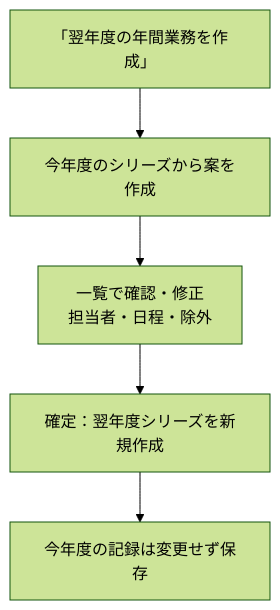
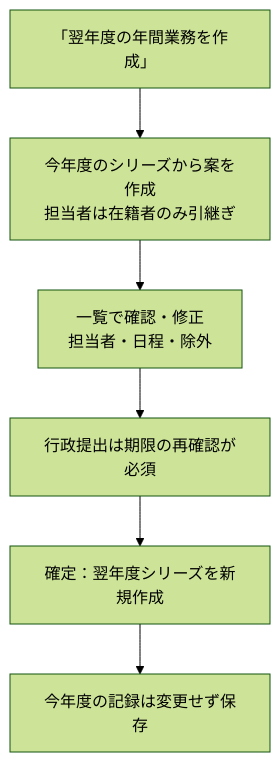
Before and after one commit to mao726/company: the ninth of 11 diagrams in ai-facility-partner/docs/product/user-flows.md, drawn with Mermaid (forest theme). The commit also changed other lines of this file and 22 other files, not shown here.

````diff
--- a/ai-facility-partner/docs/product/user-flows.md
+++ b/ai-facility-partner/docs/product/user-flows.md
@@ -130,7 +148,8 @@
 ```mermaid
 flowchart TD
-  A[「翌年度の年間業務を作成」] --> B[今年度のシリーズから案を作成]
+  A[「翌年度の年間業務を作成」] --> B[今年度のシリーズから案を作成<br/>担当者は在籍者のみ引継ぎ]
   B --> C[一覧で確認・修正<br/>担当者・日程・除外]
-  C --> D[確定：翌年度シリーズを新規作成]
+  C --> C1[行政提出は期限の再確認が必須]
+  C1 --> D[確定：翌年度シリーズを新規作成]
   D --> E[今年度の記録は変更せず保存]
 ```
````
